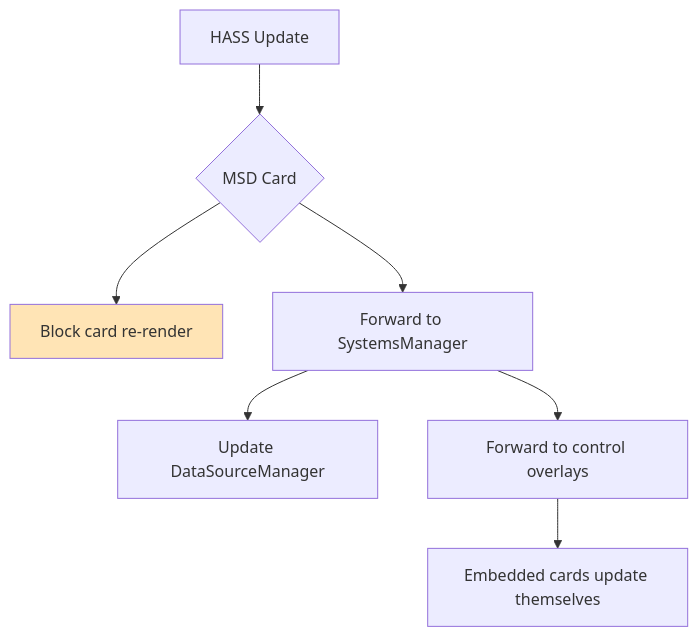
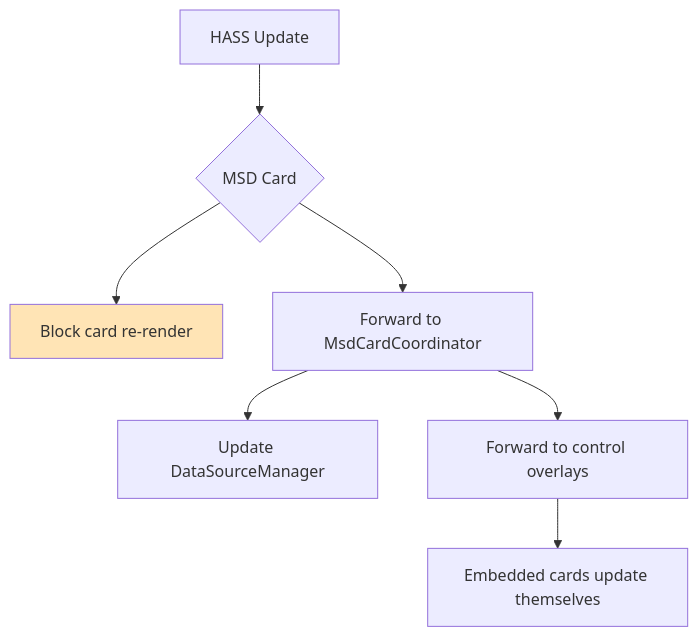
Before and after one commit to solhuebner/lcards: the fifth of 5 diagrams in doc/architecture/msd-card-architecture.md, drawn with Mermaid. The commit also changed other lines of this file and 22 other files, not shown here.

Commit message:
Phase 2: Rename SystemsManager to MsdCardCoordinator in code and documentation

````diff
--- a/doc/architecture/msd-card-architecture.md
+++ b/doc/architecture/msd-card-architecture.md
@@ -171,13 +171,13 @@
 ```mermaid
 graph TD
     A[HASS Update] --> B{MSD Card}
     B --> C[Block card re-render]
-    B --> D[Forward to SystemsManager]
+    B --> D[Forward to MsdCardCoordinator]
     
     D --> E[Update DataSourceManager]
     D --> F[Forward to control overlays]
     
     F --> G[Embedded cards update themselves]
     
     style C fill:#ffe4b5
 ```
````
